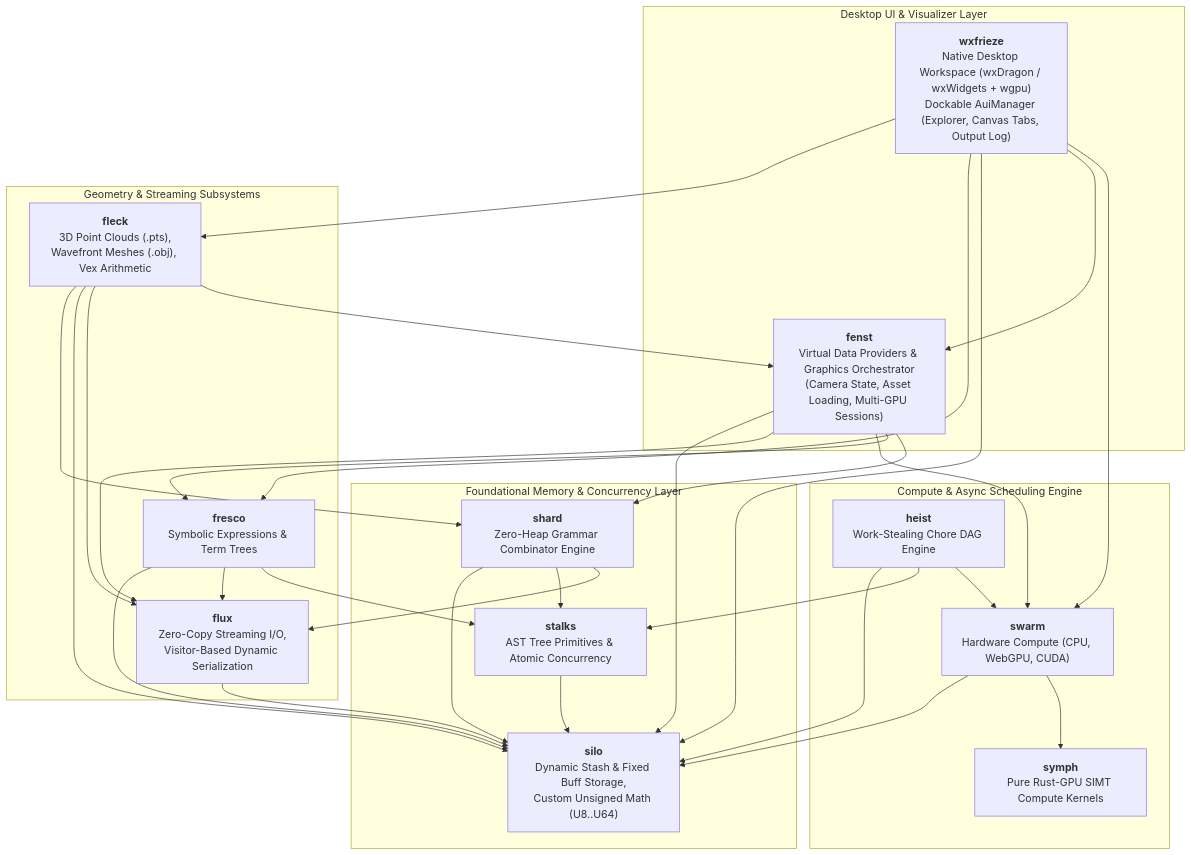
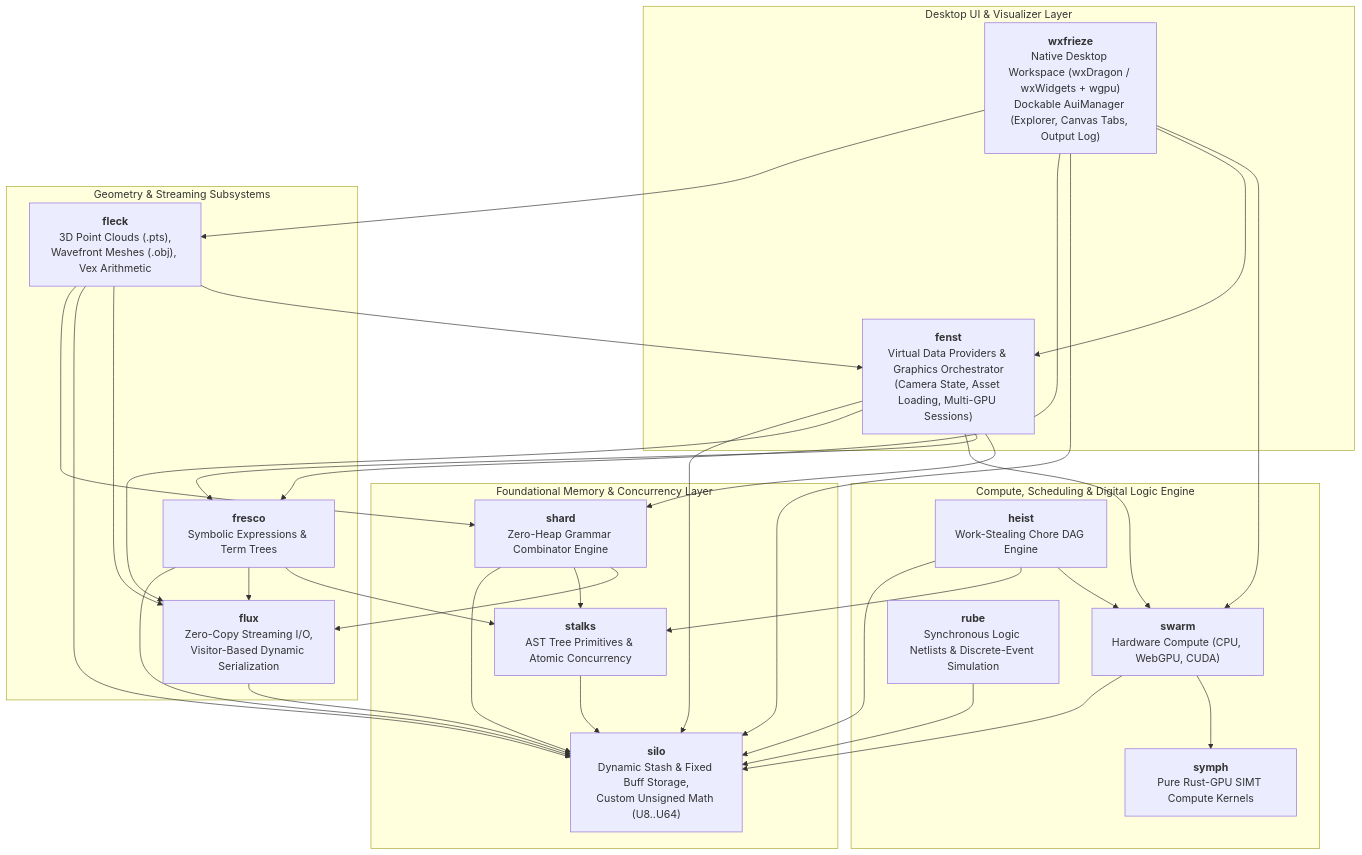
One commit to jswarup/Kosh changed the diagram in README.md. Above: the diagram before and after it, drawn with Mermaid. The commit also changed other lines of this file and 2 other files, not shown here.

Commit message:
Docs(wiki): add Rube.md reference and update Architecture.md and README.md

````diff
--- a/README.md
+++ b/README.md
@@ -9,60 +9,63 @@
 ```mermaid
 flowchart TD
     subgraph UI ["Desktop UI & Visualizer Layer"]
         WxFrieze["<b>wxfrieze</b><br/>Native Desktop Workspace (wxDragon / wxWidgets + wgpu)<br/>Dockable AuiManager (Explorer, Canvas Tabs, Output Log)"]
         Fenst["<b>fenst</b><br/>Virtual Data Providers & Graphics Orchestrator<br/>(Camera State, Asset Loading, Multi-GPU Sessions)"]
     end
 
     subgraph Geometry ["Geometry & Streaming Subsystems"]
         Fleck["<b>fleck</b><br/>3D Point Clouds (.pts),<br/>Wavefront Meshes (.obj), Vex Arithmetic"]
         Flux["<b>flux</b><br/>Zero-Copy Streaming I/O,<br/>Visitor-Based Dynamic Serialization"]
         Fresco["<b>fresco</b><br/>Symbolic Expressions & Term Trees"]
     end
 
-    subgraph Compute ["Compute & Async Scheduling Engine"]
+    subgraph Compute ["Compute, Scheduling & Digital Logic Engine"]
         Heist["<b>heist</b><br/>Work-Stealing Chore DAG Engine"]
         Swarm["<b>swarm</b><br/>Hardware Compute (CPU, WebGPU, CUDA)"]
         Symph["<b>symph</b><br/>Pure Rust-GPU SIMT Compute Kernels"]
+        Rube["<b>rube</b><br/>Synchronous Logic Netlists & Discrete-Event Simulation"]
     end
 
     subgraph Foundation ["Foundational Memory & Concurrency Layer"]
         Shard["<b>shard</b><br/>Zero-Heap Grammar Combinator Engine"]
         Stalks["<b>stalks</b><br/>AST Tree Primitives & Atomic Concurrency"]
         Silo["<b>silo</b><br/>Dynamic Stash & Fixed Buff Storage,<br/>Custom Unsigned Math (U8..U64)"]
     end
 
     WxFrieze --> Fleck
     WxFrieze --> Fresco
     WxFrieze --> Silo
     WxFrieze --> Fenst
     WxFrieze --> Swarm
 
     Fenst --> Silo
     Fenst --> Flux
     Fenst --> Swarm
     Fenst --> Fresco
     Fenst --> Shard
 
     Fleck --> Shard
     Fleck --> Silo
     Fleck --> Flux
     Fleck --> Fenst
 
     Fresco --> Silo
     Fresco --> Flux
     Fresco --> Stalks
 
     Heist --> Silo
     Heist --> Stalks
     Heist --> Swarm
 
     Swarm --> Silo
     Swarm --> Symph
 
+    Rube --> Silo
+
     Shard --> Silo
     Shard --> Stalks
     Shard --> Flux
 
     Flux --> Silo
     Stalks --> Silo
 ```
````
